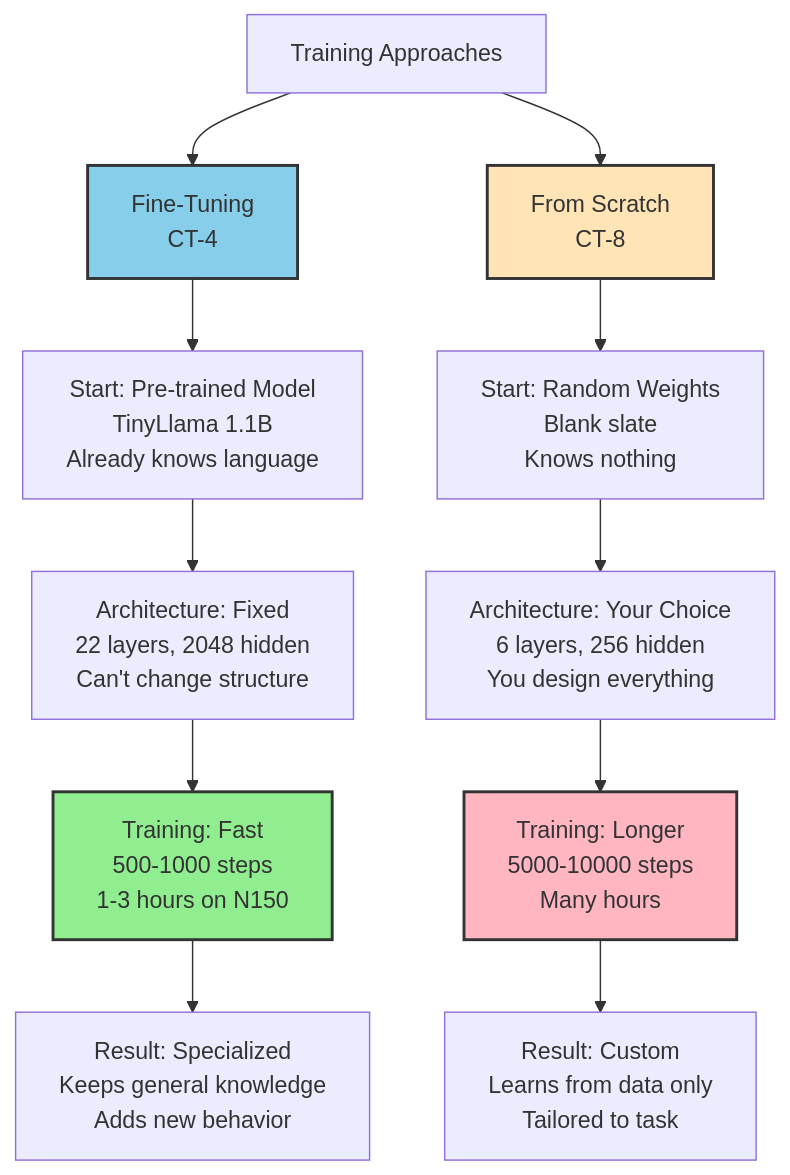
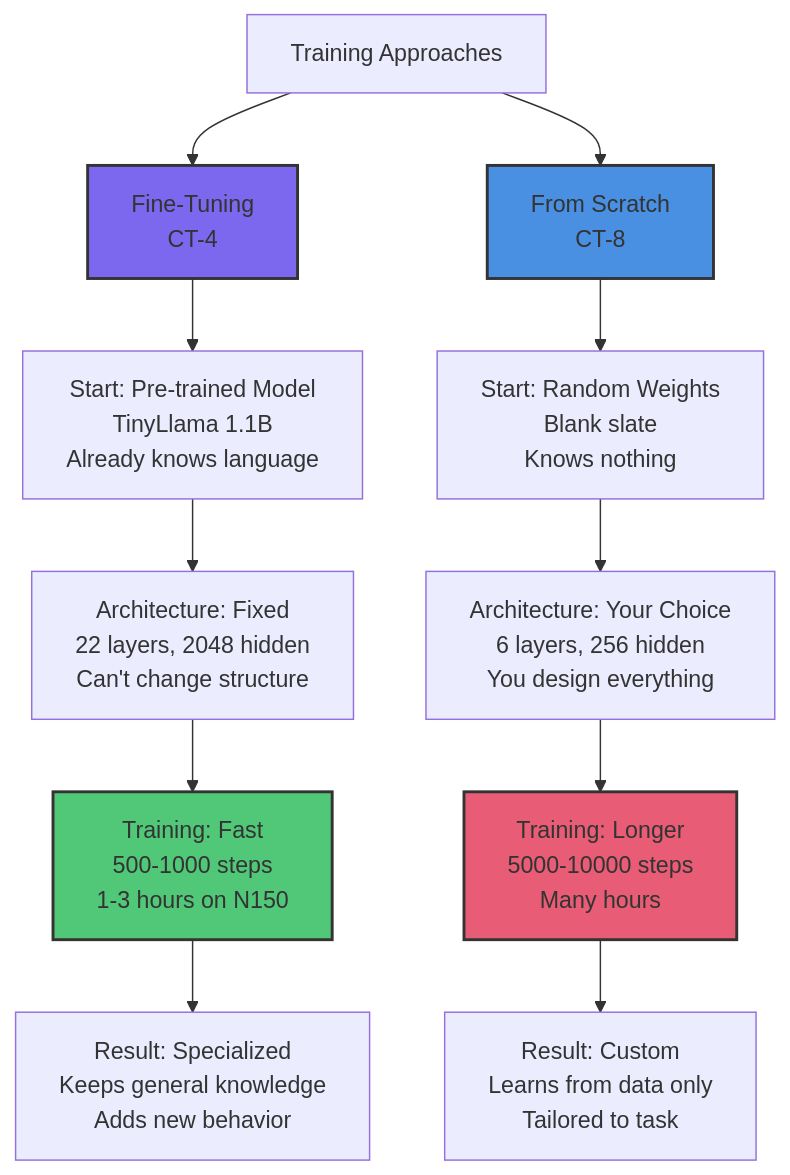
One commit to tenstorrent/tt-vscode-toolkit changed diagram 12 of 13 in content/lessons/ct7-architecture-basics.md. Above: the diagram before and after it, drawn with Mermaid. The commit also changed other lines of this file and 9 other files, not shown here.

````diff
--- a/content/lessons/ct7-architecture-basics.md
+++ b/content/lessons/ct7-architecture-basics.md
@@ -695,20 +695,20 @@
 ```mermaid
 graph TD
     A[Training Approaches] --> B[Fine-Tuning<br/>CT-4]
     A --> C[From Scratch<br/>CT-8]
 
     B --> B1[Start: Pre-trained Model<br/>TinyLlama 1.1B<br/>Already knows language]
     B1 --> B2[Architecture: Fixed<br/>22 layers, 2048 hidden<br/>Can't change structure]
     B2 --> B3[Training: Fast<br/>500-1000 steps<br/>1-3 hours on N150]
     B3 --> B4[Result: Specialized<br/>Keeps general knowledge<br/>Adds new behavior]
 
     C --> C1[Start: Random Weights<br/>Blank slate<br/>Knows nothing]
     C1 --> C2[Architecture: Your Choice<br/>6 layers, 256 hidden<br/>You design everything]
     C2 --> C3[Training: Longer<br/>5000-10000 steps<br/>Many hours]
     C3 --> C4[Result: Custom<br/>Learns from data only<br/>Tailored to task]
 
-    style B fill:#87CEEB,stroke:#333,stroke-width:2px
-    style C fill:#FFE4B5,stroke:#333,stroke-width:2px
-    style B3 fill:#90EE90,stroke:#333,stroke-width:2px
-    style C3 fill:#FFB6C1,stroke:#333,stroke-width:2px
+    style B fill:#7B68EE,stroke:#333,stroke-width:2px
+    style C fill:#4A90E2,stroke:#333,stroke-width:2px
+    style B3 fill:#50C878,stroke:#333,stroke-width:2px
+    style C3 fill:#E85D75,stroke:#333,stroke-width:2px
 ```
````
